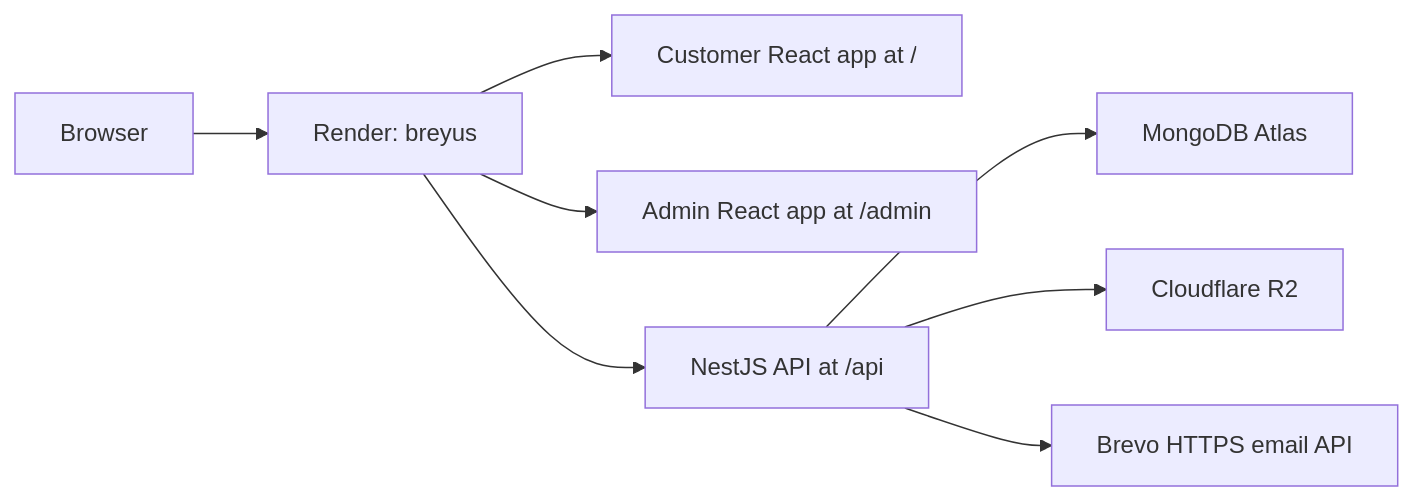
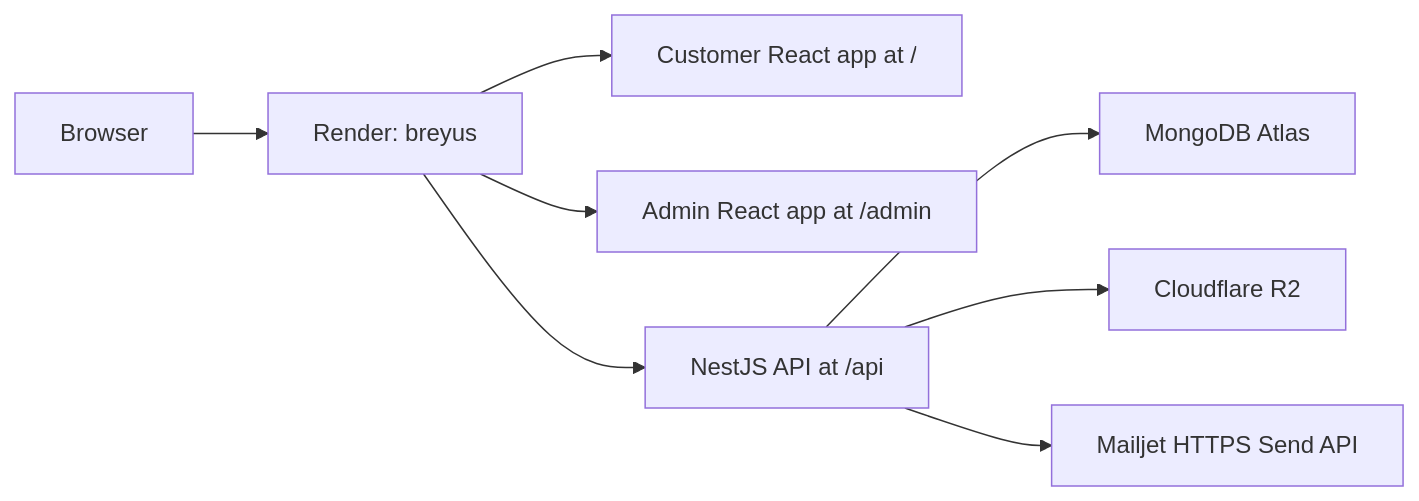
One commit to heybadrinath/Breyus changed the diagram in context/operations/RENDER_DEPLOYMENT_RUNBOOK.md. Above: the diagram before and after it, drawn with Mermaid. The commit also changed other lines of this file and 7 other files, not shown here.

````diff
--- a/context/operations/RENDER_DEPLOYMENT_RUNBOOK.md
+++ b/context/operations/RENDER_DEPLOYMENT_RUNBOOK.md
@@ -38,10 +38,10 @@
 ```mermaid
 flowchart LR
     Browser["Browser"] --> Render["Render: breyus"]
     Render --> Web["Customer React app at /"]
     Render --> Admin["Admin React app at /admin"]
     Render --> API["NestJS API at /api"]
     API --> Atlas["MongoDB Atlas"]
     API --> R2["Cloudflare R2"]
-    API --> Brevo["Brevo HTTPS email API"]
+    API --> Mailjet["Mailjet HTTPS Send API"]
 ```
````
